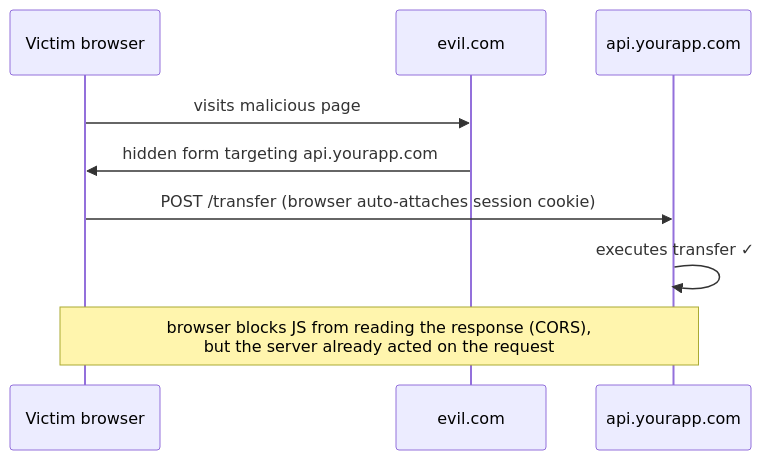
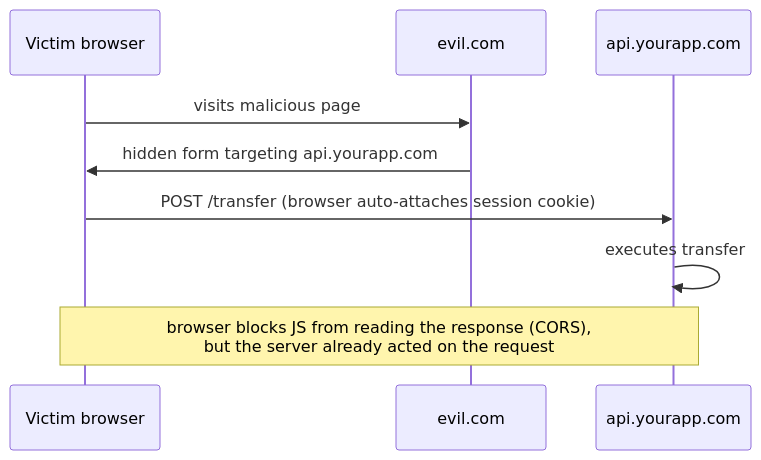
The first of 4 diagrams in README.md (tkachenko0/article-the-browser-that-knew-too-much), drawn with Mermaid before and after one commit. The commit also changed other lines of this file, not shown here.

````diff
--- a/README.md
+++ b/README.md
@@ -48,12 +48,12 @@
 ```mermaid
 sequenceDiagram
     participant V as Victim browser
     participant E as evil.com
     participant A as api.yourapp.com
 
     V->>E: visits malicious page
     E->>V: hidden form targeting api.yourapp.com
     V->>A: POST /transfer (browser auto-attaches session cookie)
-    A->>A: executes transfer ✓
+    A->>A: executes transfer
     Note over A,V: browser blocks JS from reading the response (CORS),<br/>but the server already acted on the request
 ```
````
